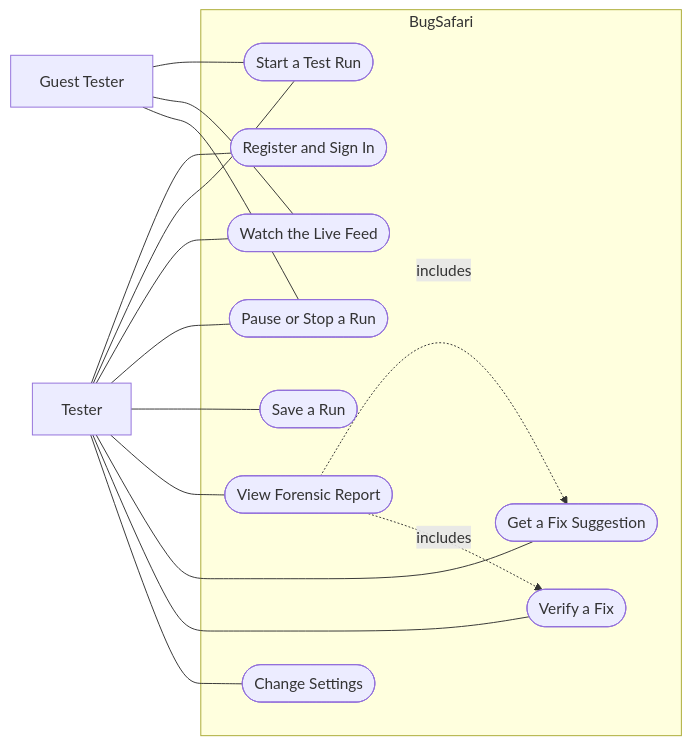
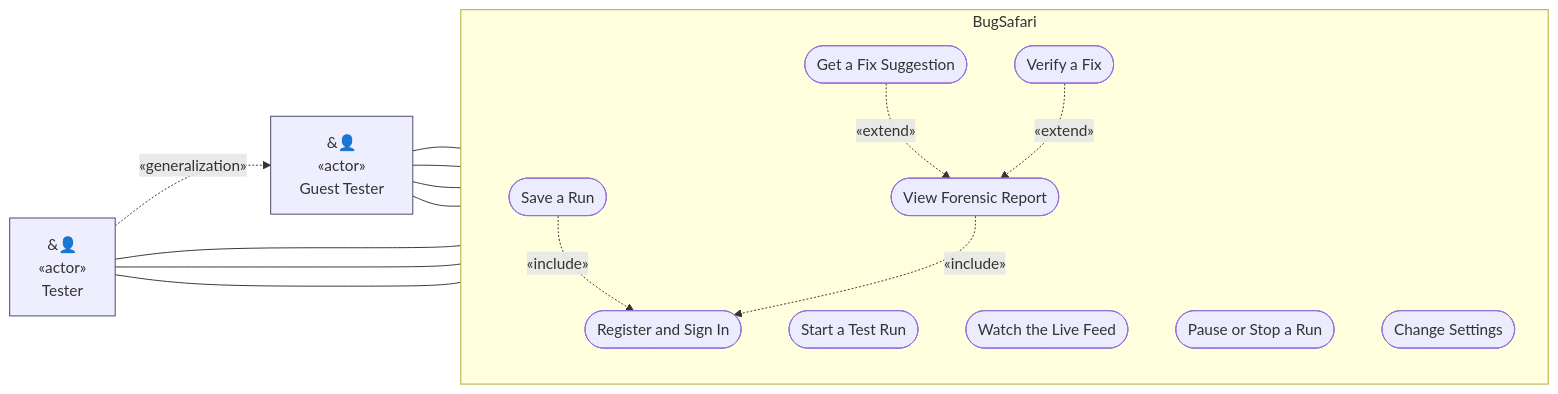
One commit to acocciayan18/bugsafari changed the second of 2 diagrams in PAPER_UML.md. Above: the diagram before and after it, drawn with Mermaid. The commit also changed other lines of this file and 23 other files, not shown here.

````diff
--- a/PAPER_UML.md
+++ b/PAPER_UML.md
@@ -172,34 +172,37 @@
 ```mermaid
 flowchart LR
-    TESTER["Tester"]
-    GUEST["Guest Tester"]
+    GUEST["&#128100;<br/>«actor»<br/>Guest Tester"]
+    TESTER["&#128100;<br/>«actor»<br/>Tester"]
 
     subgraph SYSTEM["BugSafari"]
+        direction TB
         UC1(["Register and Sign In"])
         UC2(["Start a Test Run"])
         UC3(["Watch the Live Feed"])
         UC4(["Pause or Stop a Run"])
         UC5(["Save a Run"])
         UC6(["View Forensic Report"])
         UC7(["Get a Fix Suggestion"])
         UC8(["Verify a Fix"])
         UC9(["Change Settings"])
     end
 
-    TESTER --- UC1
-    TESTER --- UC2
-    TESTER --- UC3
-    TESTER --- UC4
-    TESTER --- UC5
-    TESTER --- UC6
-    TESTER --- UC7
-    TESTER --- UC8
-    TESTER --- UC9
-
     GUEST --- UC2
     GUEST --- UC3
     GUEST --- UC4
+    GUEST --- UC9
 
-    UC6 -.->|"includes"| UC7
-    UC6 -.->|"includes"| UC8
+    TESTER --- UC1
+    TESTER --- UC5
+    TESTER --- UC6
+
+    TESTER -. "«generalization»" .-> GUEST
+
+    UC5 -. "«include»" .-> UC1
+    UC6 -. "«include»" .-> UC1
+    UC7 -. "«extend»" .-> UC6
+    UC8 -. "«extend»" .-> UC6
+
+    classDef actor fill:#eef,stroke:#446,stroke-width:1px;
+    class GUEST,TESTER actor;
 ```
````
